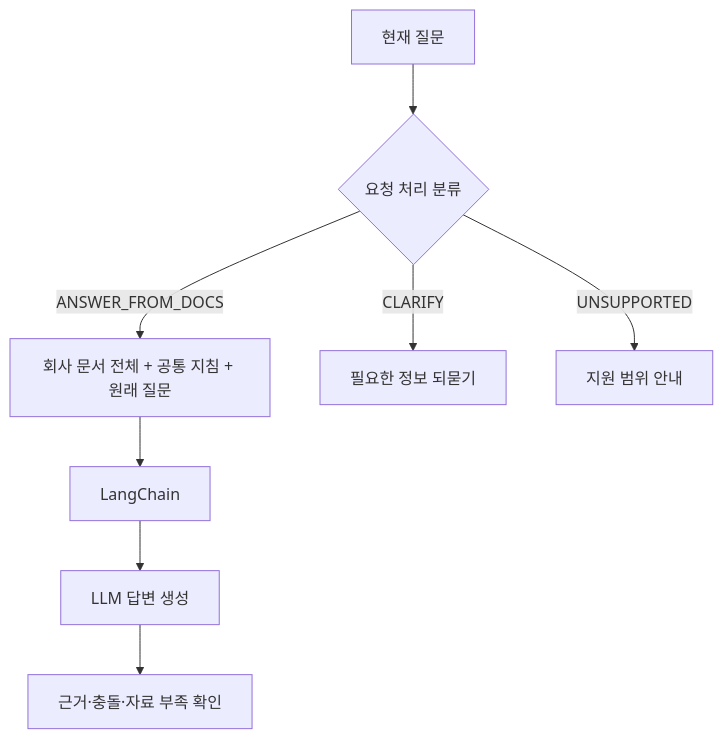
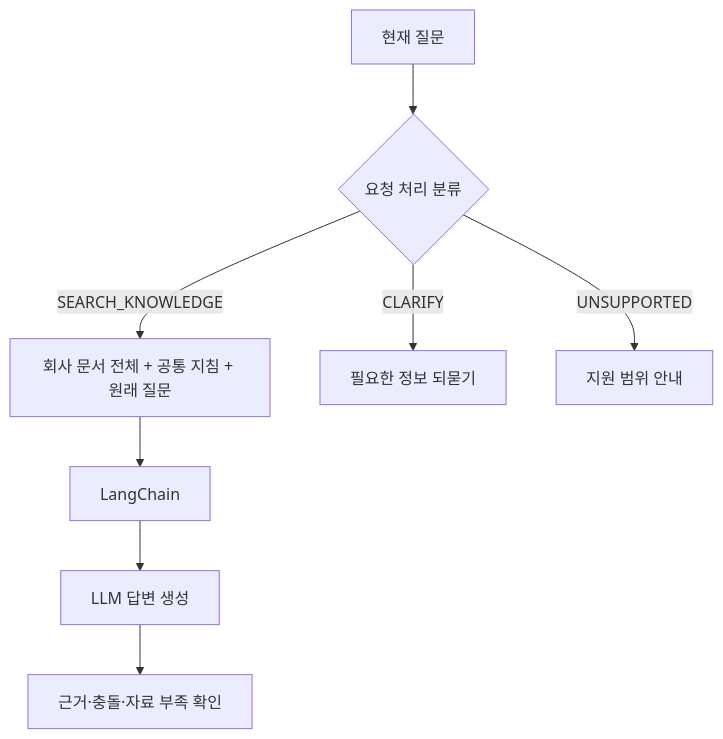
The diagram in docs/service-architecture.md (KANT-2nd-project/sanaebi), drawn with Mermaid before and after one commit. The commit also changed other lines of this file and 7 other files, not shown here.

Commit message:
fix: restore SEARCH_KNOWLEDGE routing label

````diff
--- a/docs/service-architecture.md
+++ b/docs/service-architecture.md
@@ -38,9 +38,9 @@
 ```mermaid
 flowchart TD
     Q["현재 질문"] --> C{"요청 처리 분류"}
-    C -->|"ANSWER_FROM_DOCS"| D["회사 문서 전체 + 공통 지침 + 원래 질문"]
+    C -->|"SEARCH_KNOWLEDGE"| D["회사 문서 전체 + 공통 지침 + 원래 질문"]
     D --> LC["LangChain"] --> LLM["LLM 답변 생성"]
     LLM --> E["근거·충돌·자료 부족 확인"]
     C -->|"CLARIFY"| CL["필요한 정보 되묻기"]
     C -->|"UNSUPPORTED"| U["지원 범위 안내"]
 ```
````
